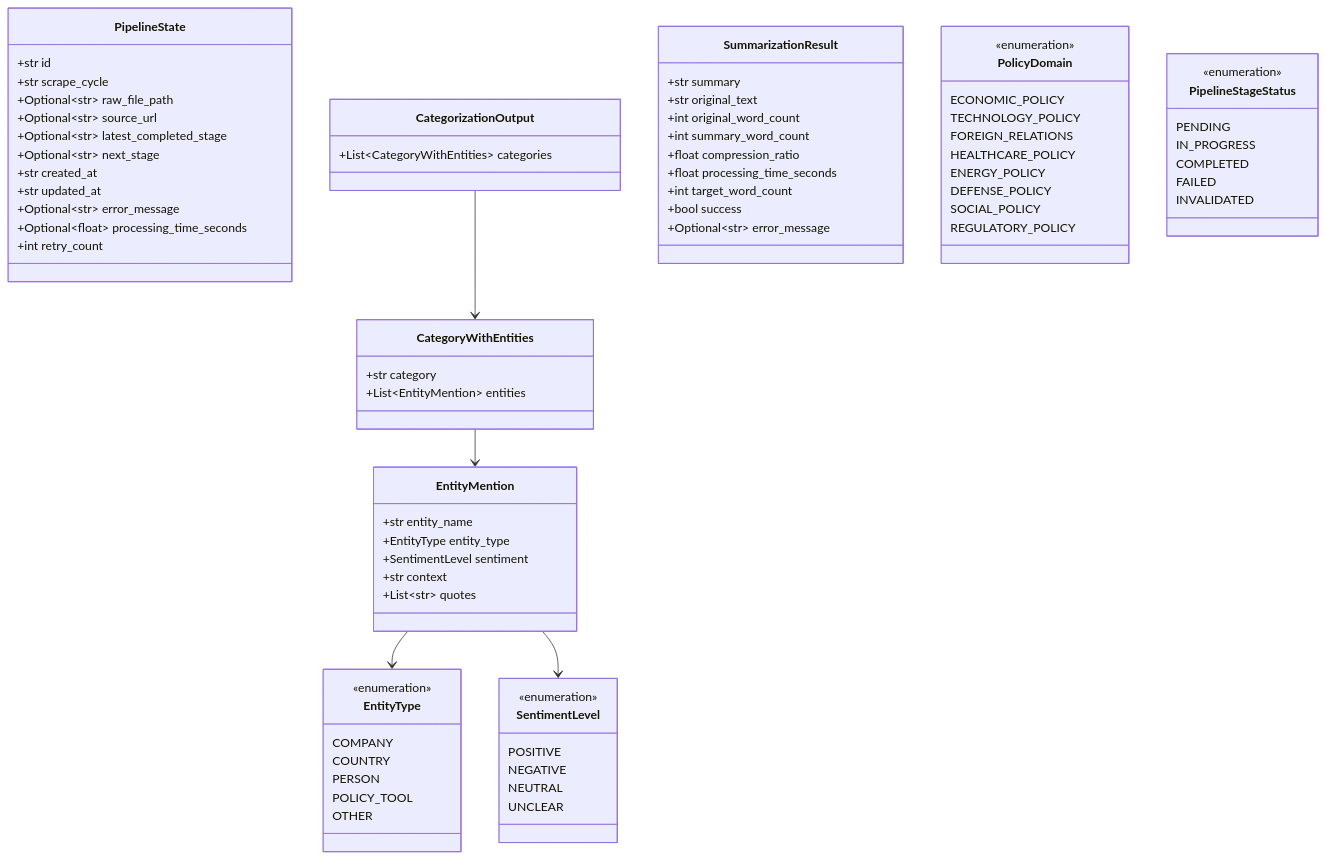
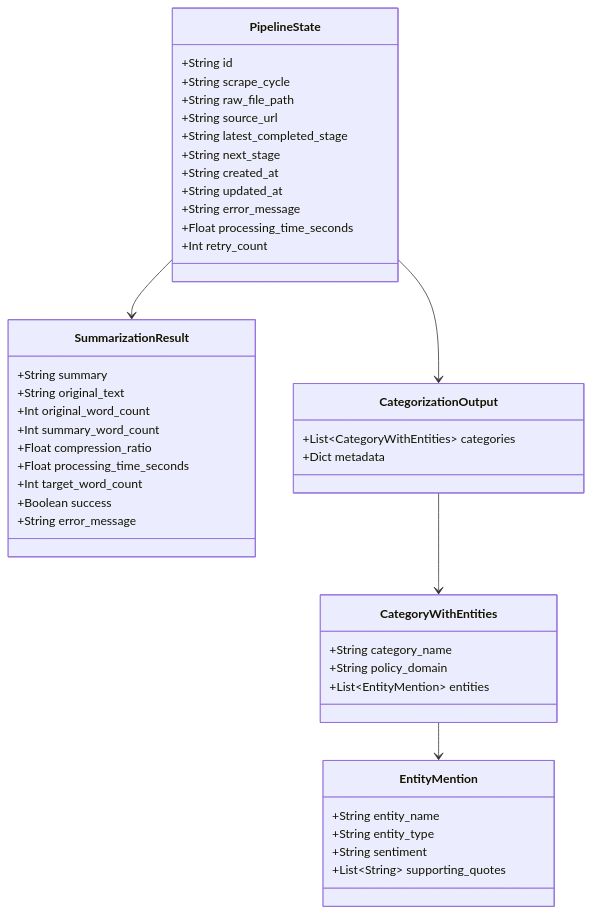
Before and after one commit to dmitriyratu/DiscourseKG: the third of 4 diagrams in documentation/architecture.md, drawn with Mermaid. The commit also changed other lines of this file and 20 other files, not shown here.

First line of the commit message:
refactor: update architecture documentation and streamline flow tasks

````diff
--- a/documentation/architecture.md
+++ b/documentation/architecture.md
@@ -100,88 +93,51 @@
 ```mermaid
 classDiagram
     class PipelineState {
-        +str id
-        +str scrape_cycle
-        +Optional~str~ raw_file_path
-        +Optional~str~ source_url
-        +Optional~str~ latest_completed_stage
-        +Optional~str~ next_stage
-        +str created_at
-        +str updated_at
-        +Optional~str~ error_message
-        +Optional~float~ processing_time_seconds
-        +int retry_count
+        +String id
+        +String scrape_cycle
+        +String raw_file_path
+        +String source_url
+        +String latest_completed_stage
+        +String next_stage
+        +String created_at
+        +String updated_at
+        +String error_message
+        +Float processing_time_seconds
+        +Int retry_count
     }
     
-    class EntityMention {
-        +str entity_name
-        +EntityType entity_type
-        +SentimentLevel sentiment
-        +str context
-        +List~str~ quotes
-    }
-    
-    class CategoryWithEntities {
-        +str category
-        +List~EntityMention~ entities
+    class SummarizationResult {
+        +String summary
+        +String original_text
+        +Int original_word_count
+        +Int summary_word_count
+        +Float compression_ratio
+        +Float processing_time_seconds
+        +Int target_word_count
+        +Boolean success
+        +String error_message
     }
     
     class CategorizationOutput {
         +List~CategoryWithEntities~ categories
+        +Dict metadata
     }
     
-    class SummarizationResult {
-        +str summary
-        +str original_text
-        +int original_word_count
-        +int summary_word_count
-        +float compression_ratio
-        +float processing_time_seconds
-        +int target_word_count
-        +bool success
-        +Optional~str~ error_message
+    class CategoryWithEntities {
+        +String category_name
+        +String policy_domain
+        +List~EntityMention~ entities
     }
     
-    class PolicyDomain {
-        <<enumeration>>
-        ECONOMIC_POLICY
-        TECHNOLOGY_POLICY
-        FOREIGN_RELATIONS
-        HEALTHCARE_POLICY
-        ENERGY_POLICY
-        DEFENSE_POLICY
-        SOCIAL_POLICY
-        REGULATORY_POLICY
+    class EntityMention {
+        +String entity_name
+        +String entity_type
+        +String sentiment
+        +List~String~ supporting_quotes
     }
     
-    class EntityType {
-        <<enumeration>>
-        COMPANY
-        COUNTRY
-        PERSON
-        POLICY_TOOL
-        OTHER
-    }
-    
-    class SentimentLevel {
-        <<enumeration>>
-        POSITIVE
-        NEGATIVE
-        NEUTRAL
-        UNCLEAR
-    }
-    
-    class PipelineStageStatus {
-        <<enumeration>>
-        PENDING
-        IN_PROGRESS
-        COMPLETED
-        FAILED
-        INVALIDATED
-    }
-    
+    PipelineState --> SummarizationResult
+    PipelineState --> CategorizationOutput
     CategorizationOutput --> CategoryWithEntities
     CategoryWithEntities --> EntityMention
-    EntityMention --> EntityType
-    EntityMention --> SentimentLevel
 ```
````
